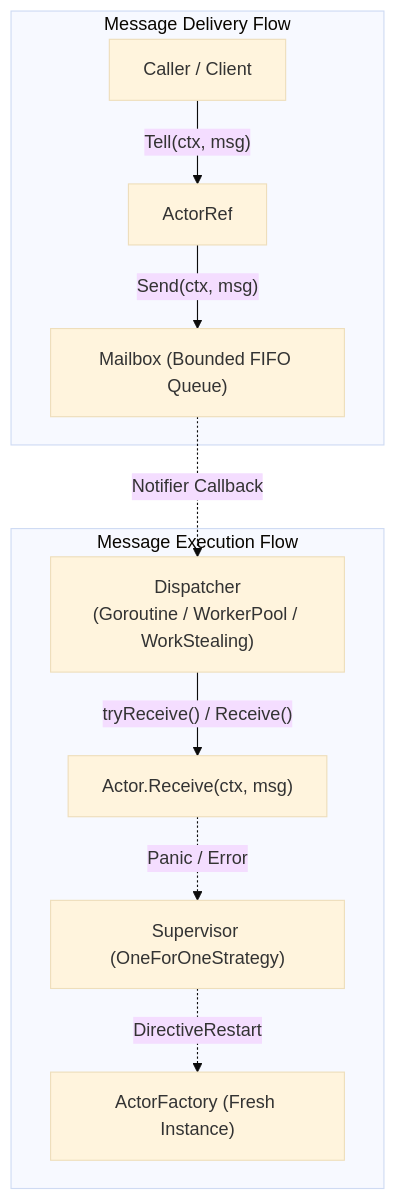
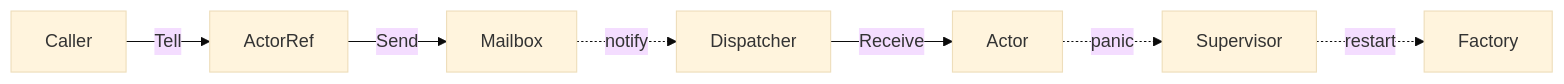
Before and after one commit to dexisback/chaab: the diagram in readme.md, drawn with Mermaid (base theme). The commit also changed other lines of this file and 2 other files, not shown here.

Commit message:
chore: add github workflows/ improve readme arch diag / add make commands

````diff
--- a/readme.md
+++ b/readme.md
@@ -13,14 +13,6 @@
 ```mermaid
-flowchart TD
-    subgraph Message Delivery Flow
-        Caller["Caller / Client"] -->|"Tell(ctx, msg)"| Ref["ActorRef"]
-        Ref -->|"Send(ctx, msg)"| MB["Mailbox (Bounded FIFO Queue)"]
-    end
-
-    subgraph Message Execution Flow
-        MB -. "Notifier Callback" .-> Disp["Dispatcher\n(Goroutine / WorkerPool / WorkStealing)"]
-        Disp -->|"tryReceive() / Receive()"| Exec["Actor.Receive(ctx, msg)"]
-        Exec -. "Panic / Error" .-> Sup["Supervisor (OneForOneStrategy)"]
-        Sup -. "DirectiveRestart" .-> Factory["ActorFactory (Fresh Instance)"]
-    end
+flowchart LR
+    Caller["Caller"] -->|Tell| Ref["ActorRef"] -->|Send| MB["Mailbox"]
+    MB -.->|notify| Disp["Dispatcher"] -->|Receive| Actor["Actor"]
+    Actor -.->|panic| Sup["Supervisor"] -.->|restart| Factory["Factory"]
 ```
````
